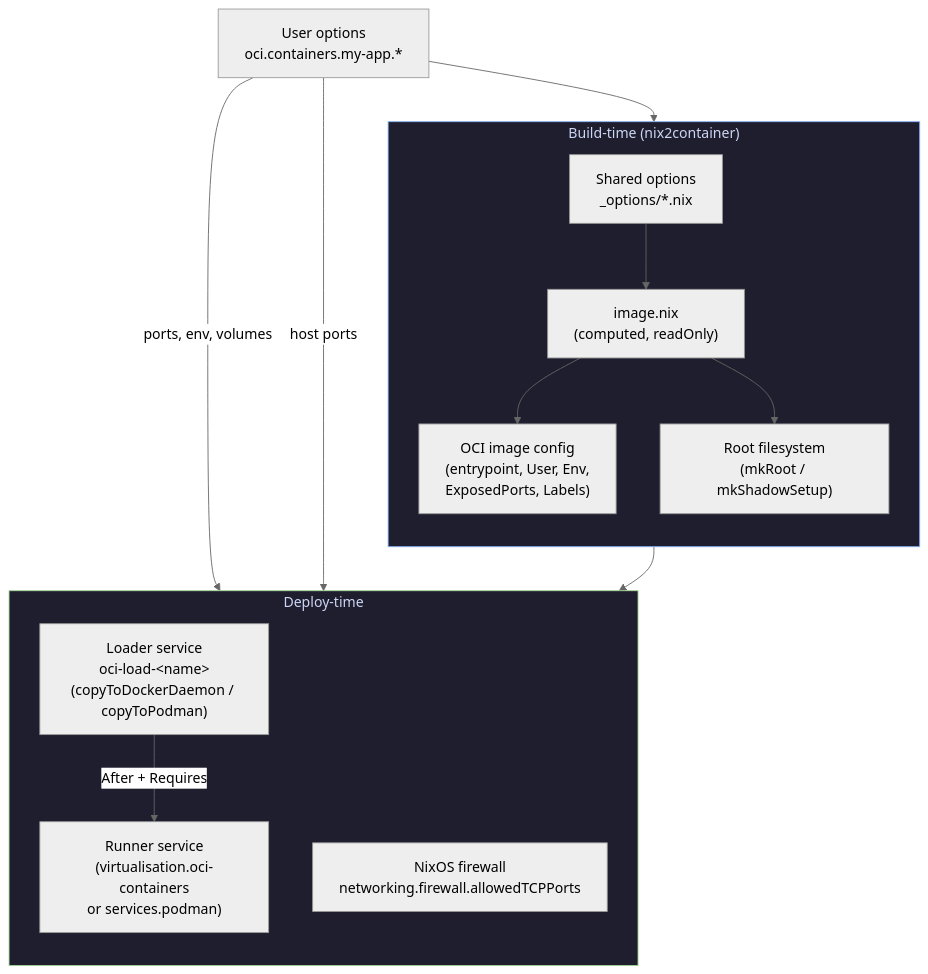
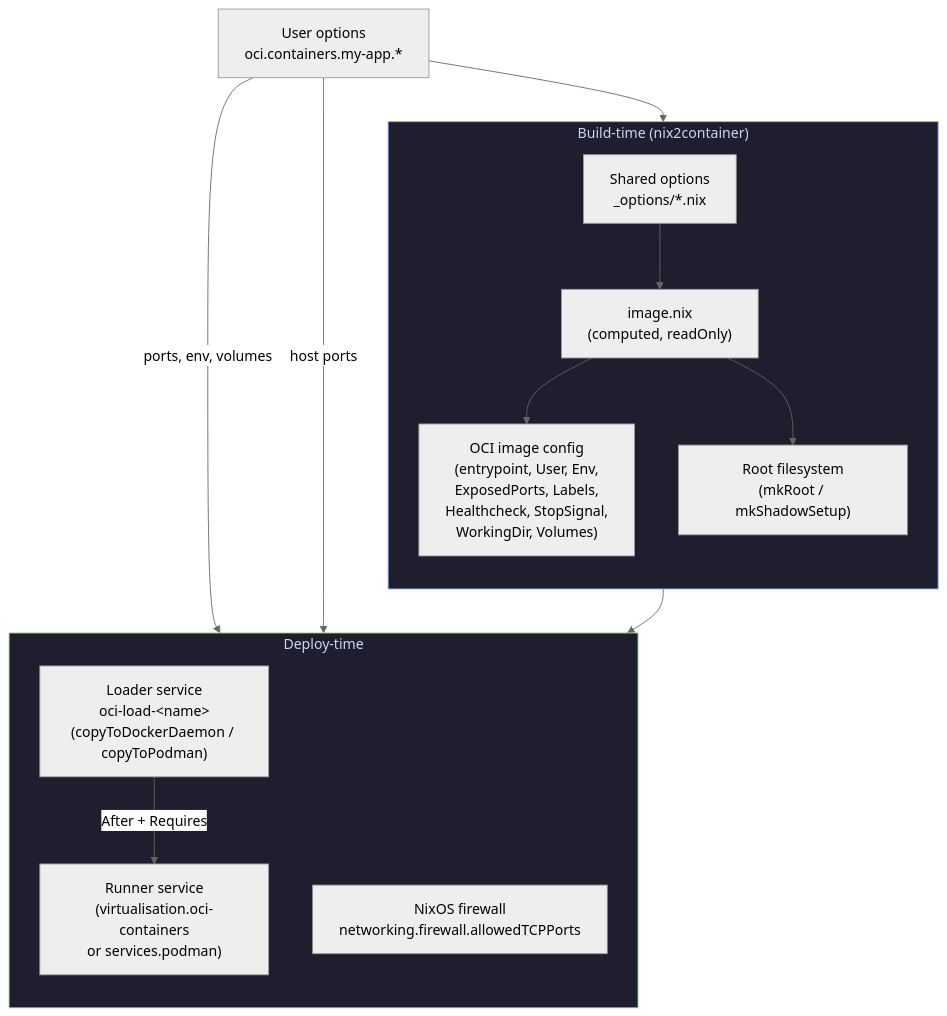
The first of 16 diagrams in docs/content/explanation/container-metadata-wiring.md (Dauliac/nix-oci), drawn with Mermaid (neutral theme) before and after one commit. The commit also changed other lines of this file and 57 other files, not shown here.

````diff
--- a/docs/content/explanation/container-metadata-wiring.md
+++ b/docs/content/explanation/container-metadata-wiring.md
@@ -18,31 +18,31 @@
 ```mermaid
 flowchart TD
     User["User options<br/>oci.containers.my-app.*"]
 
     subgraph build ["Build-time (nix2container)"]
         direction TB
         SharedOpts["Shared options<br/>_options/*.nix"]
         ImageNix["image.nix<br/>(computed, readOnly)"]
-        OCI["OCI image config<br/>(entrypoint, User, Env,<br/>ExposedPorts, Labels)"]
+        OCI["OCI image config<br/>(entrypoint, User, Env,<br/>ExposedPorts, Labels,<br/>Healthcheck, StopSignal,<br/>WorkingDir, Volumes)"]
         Root["Root filesystem<br/>(mkRoot / mkShadowSetup)"]
         SharedOpts --> ImageNix
         ImageNix --> OCI
         ImageNix --> Root
     end
 
     subgraph deploy ["Deploy-time"]
         direction TB
         Loader["Loader service<br/>oci-load-&lt;name&gt;<br/>(copyToDockerDaemon / copyToPodman)"]
         Runner["Runner service<br/>(virtualisation.oci-containers<br/>or services.podman)"]
         FW["NixOS firewall<br/>networking.firewall.allowedTCPPorts"]
     end
 
     User --> SharedOpts
     OCI --> Loader
     Loader -->|"After + Requires"| Runner
     User -->|"ports, env, volumes"| Runner
     User -->|"host ports"| FW
 
     style build fill:#1e1e2e,stroke:#89b4fa,color:#cdd6f4
     style deploy fill:#1e1e2e,stroke:#a6da95,color:#cdd6f4
 ```
````
